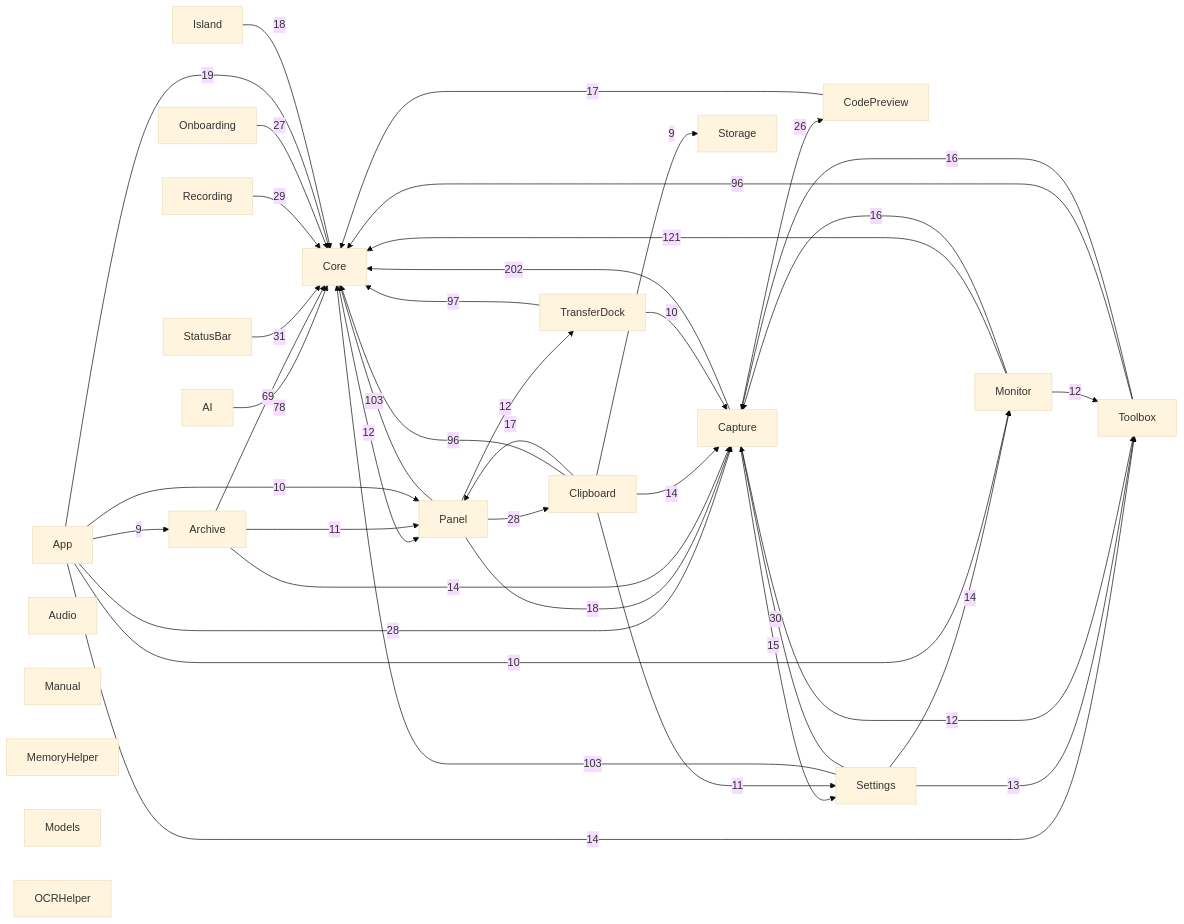
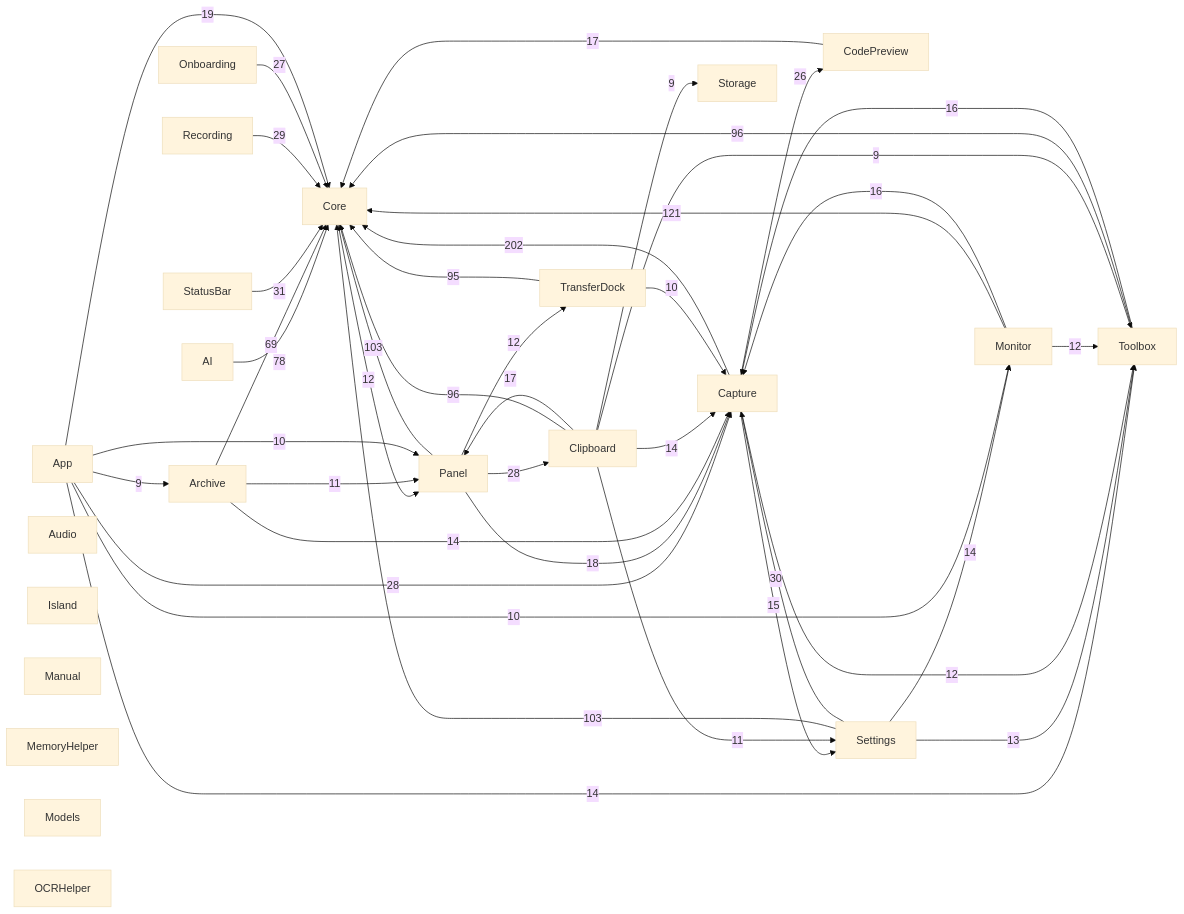
One commit to sxyq/Kitnest changed the diagram in docs/00-总览/模块依赖图.md. Above: the diagram before and after it, drawn with Mermaid (base theme). The commit also changed other lines of this file and 27 other files, not shown here.

````diff
--- a/docs/00-总览/模块依赖图.md
+++ b/docs/00-总览/模块依赖图.md
@@ -36,65 +36,65 @@
 ```mermaid
 flowchart LR
   M0["AI"]
   M1["App"]
   M2["Archive"]
   M3["Audio"]
   M4["Capture"]
   M5["Clipboard"]
   M6["CodePreview"]
   M7["Core"]
   M8["Island"]
   M9["Manual"]
   M10["MemoryHelper"]
   M11["Models"]
   M12["Monitor"]
   M13["OCRHelper"]
   M14["Onboarding"]
   M15["Panel"]
   M16["Recording"]
   M17["Settings"]
   M18["StatusBar"]
   M19["Storage"]
   M20["Toolbox"]
   M21["TransferDock"]
   M4 -->|202| M7
   M12 -->|121| M7
   M15 -->|103| M7
   M17 -->|103| M7
-  M21 -->|97| M7
   M5 -->|96| M7
   M20 -->|96| M7
+  M21 -->|95| M7
   M0 -->|78| M7
   M2 -->|69| M7
   M18 -->|31| M7
   M17 -->|30| M4
   M16 -->|29| M7
   M1 -->|28| M4
   M15 -->|28| M5
   M14 -->|27| M7
   M4 -->|26| M6
   M1 -->|19| M7
   M15 -->|18| M4
-  M8 -->|18| M7
   M5 -->|17| M15
   M6 -->|17| M7
   M12 -->|16| M4
   M20 -->|16| M4
   M4 -->|15| M17
   M1 -->|14| M20
   M2 -->|14| M4
   M5 -->|14| M4
   M17 -->|14| M12
   M17 -->|13| M20
   M7 -->|12| M15
   M4 -->|12| M20
   M12 -->|12| M20
   M15 -->|12| M21
   M2 -->|11| M15
   M5 -->|11| M17
+  M1 -->|10| M12
   M1 -->|10| M15
-  M1 -->|10| M12
   M21 -->|10| M4
   M1 -->|9| M2
   M5 -->|9| M19
+  M5 -->|9| M20
 ```
````
